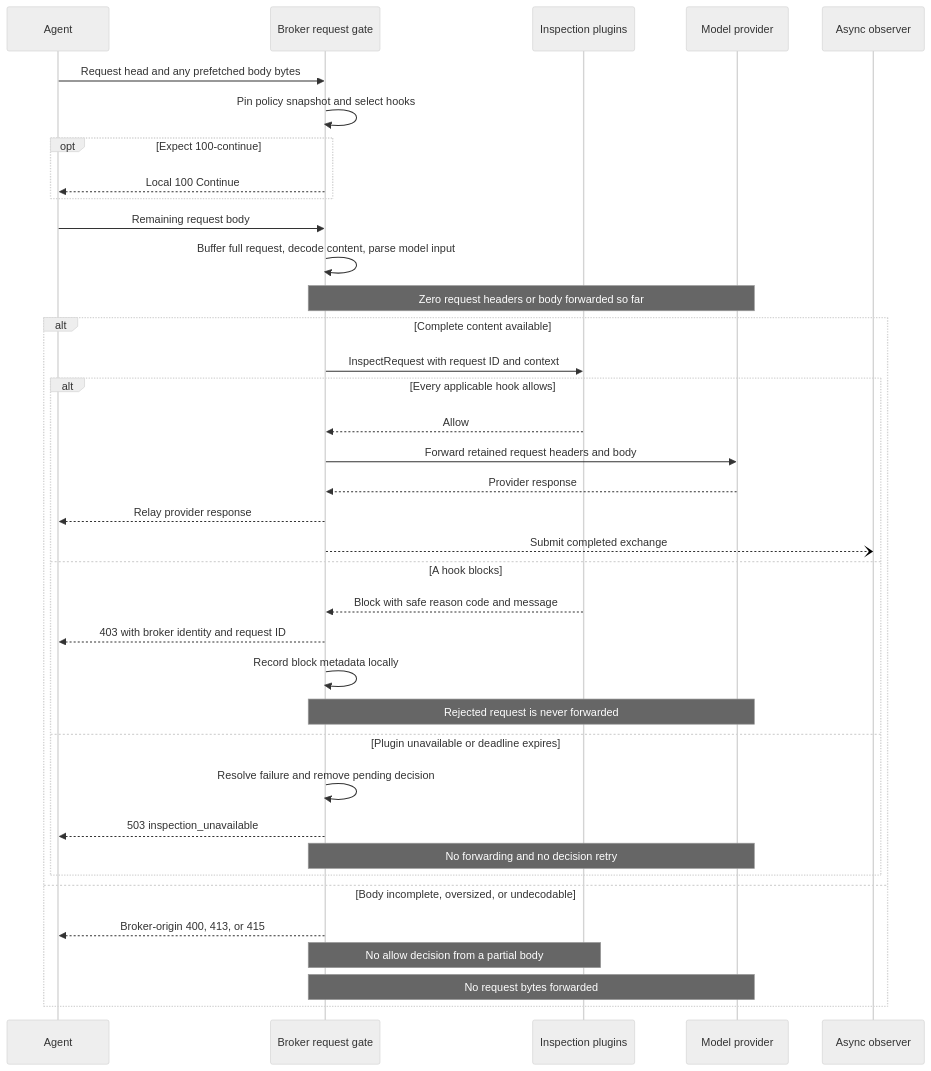
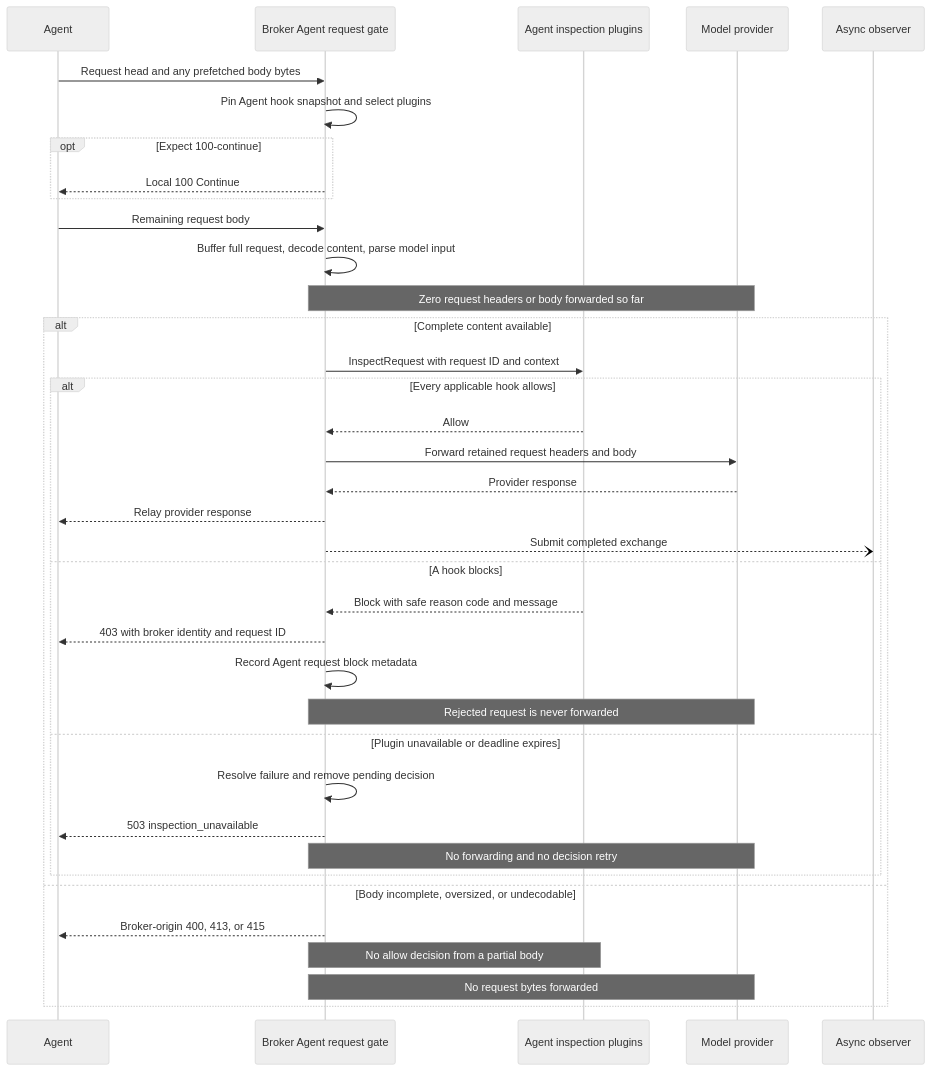
Before and after one commit to lexmount/abyss-rs: the third of 4 diagrams in docs/request-blocking-design.md, drawn with Mermaid (neutral theme). The commit also changed other lines of this file, not shown here.

First line of the commit message:
docs: separate network and Agent blocking

````diff
--- a/docs/request-blocking-design.md
+++ b/docs/request-blocking-design.md
@@ -240,39 +317,39 @@
 ```mermaid
 sequenceDiagram
     participant A as Agent
-    participant B as Broker request gate
-    participant H as Inspection plugins
+    participant B as Broker Agent request gate
+    participant H as Agent inspection plugins
     participant P as Model provider
     participant O as Async observer
     A->>B: Request head and any prefetched body bytes
-    B->>B: Pin policy snapshot and select hooks
+    B->>B: Pin Agent hook snapshot and select plugins
     opt Expect 100-continue
         B-->>A: Local 100 Continue
     end
     A->>B: Remaining request body
     B->>B: Buffer full request, decode content, parse model input
     Note over B,P: Zero request headers or body forwarded so far
     alt Complete content available
         B->>H: InspectRequest with request ID and context
         alt Every applicable hook allows
             H-->>B: Allow
             B->>P: Forward retained request headers and body
             P-->>B: Provider response
             B-->>A: Relay provider response
             B--)O: Submit completed exchange
         else A hook blocks
             H-->>B: Block with safe reason code and message
             B-->>A: 403 with broker identity and request ID
-            B->>B: Record block metadata locally
+            B->>B: Record Agent request block metadata
             Note over B,P: Rejected request is never forwarded
         else Plugin unavailable or deadline expires
             B->>B: Resolve failure and remove pending decision
             B-->>A: 503 inspection_unavailable
             Note over B,P: No forwarding and no decision retry
         end
     else Body incomplete, oversized, or undecodable
         B-->>A: Broker-origin 400, 413, or 415
         Note over B,H: No allow decision from a partial body
         Note over B,P: No request bytes forwarded
     end
 ```
````
